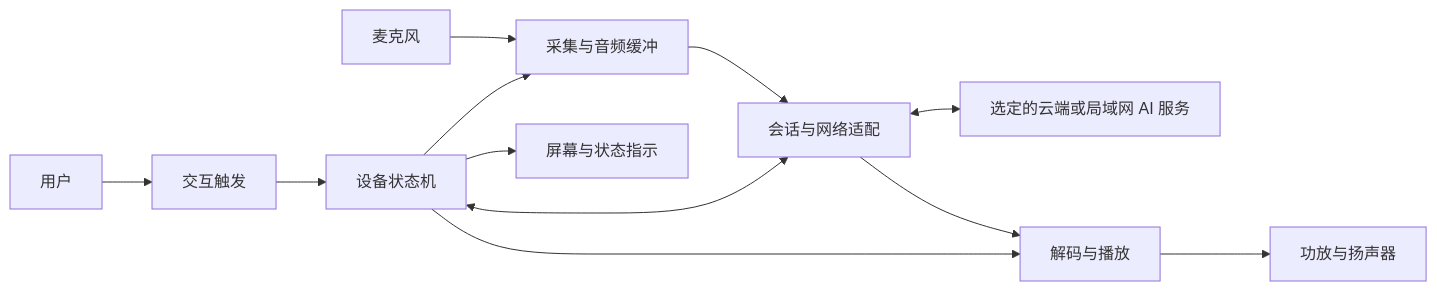
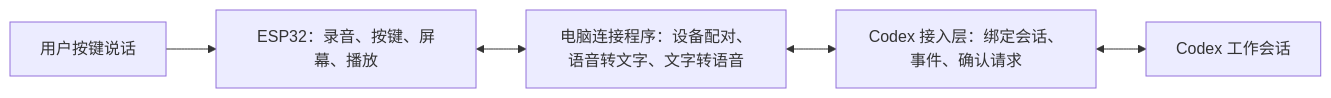
The diagram in 项目设计大纲.md (GAS0LUTE/esp32-try), drawn with Mermaid before and after one commit. The commit also changed other lines of this file and 628 other files, not shown here.

First line of the commit message:
HY: 同步白名单内容（DS 代码 + 可视化汇报与截图 + 设计大纲）

````diff
--- a/项目设计大纲.md
+++ b/项目设计大纲.md
@@ -34,14 +23,7 @@
 ```mermaid
 flowchart LR
-  U[用户] --> T[交互触发]
-  T --> S[设备状态机]
-  MIC[麦克风] --> A[采集与音频缓冲]
-  A --> N[会话与网络适配]
-  N <--> C[选定的云端或局域网 AI 服务]
-  N --> P[解码与播放]
-  P --> SP[功放与扬声器]
-  S --> UI[屏幕与状态指示]
-  S <--> N
-  S --> A
-  S --> P
+ U[用户按键说话] --> E[ESP32：录音、按键、屏幕、播放]
+ E <--> B[电脑连接程序：设备配对、语音转文字、文字转语音]
+ B <--> A[Codex 接入层：绑定会话、事件、确认请求]
+ A <--> C[Codex 工作会话]
 ```
````
